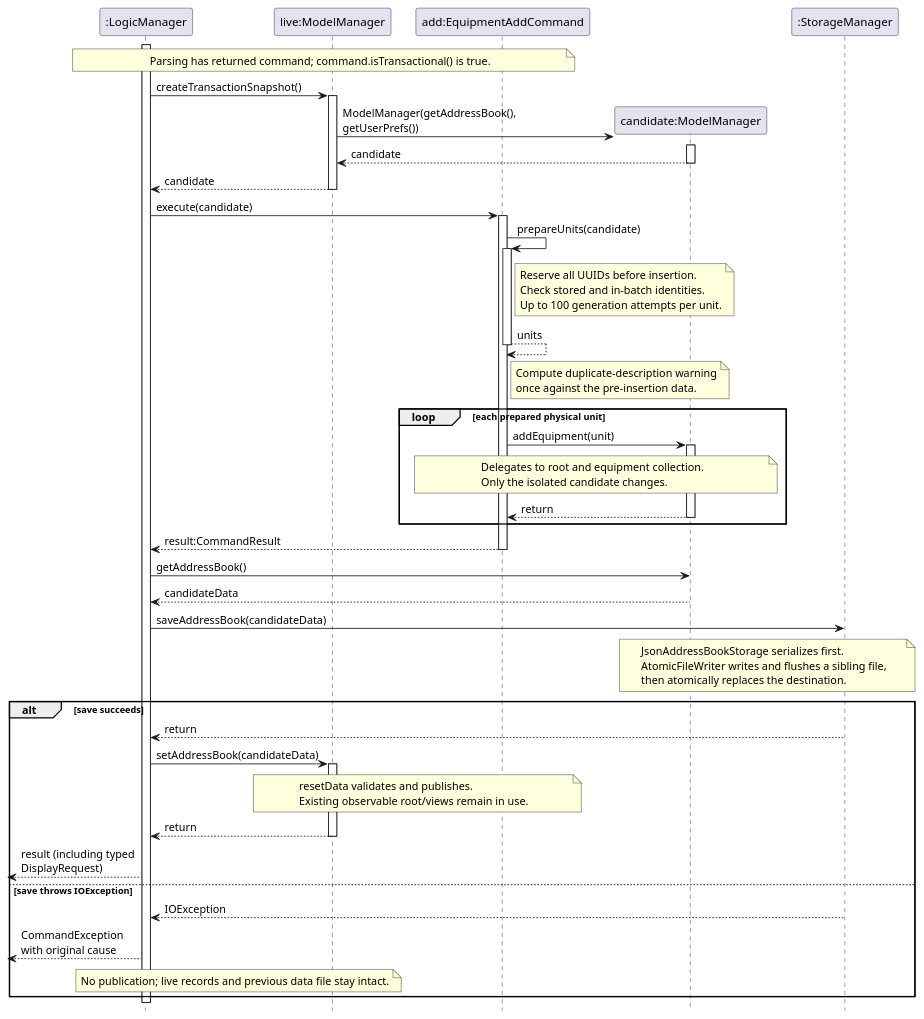
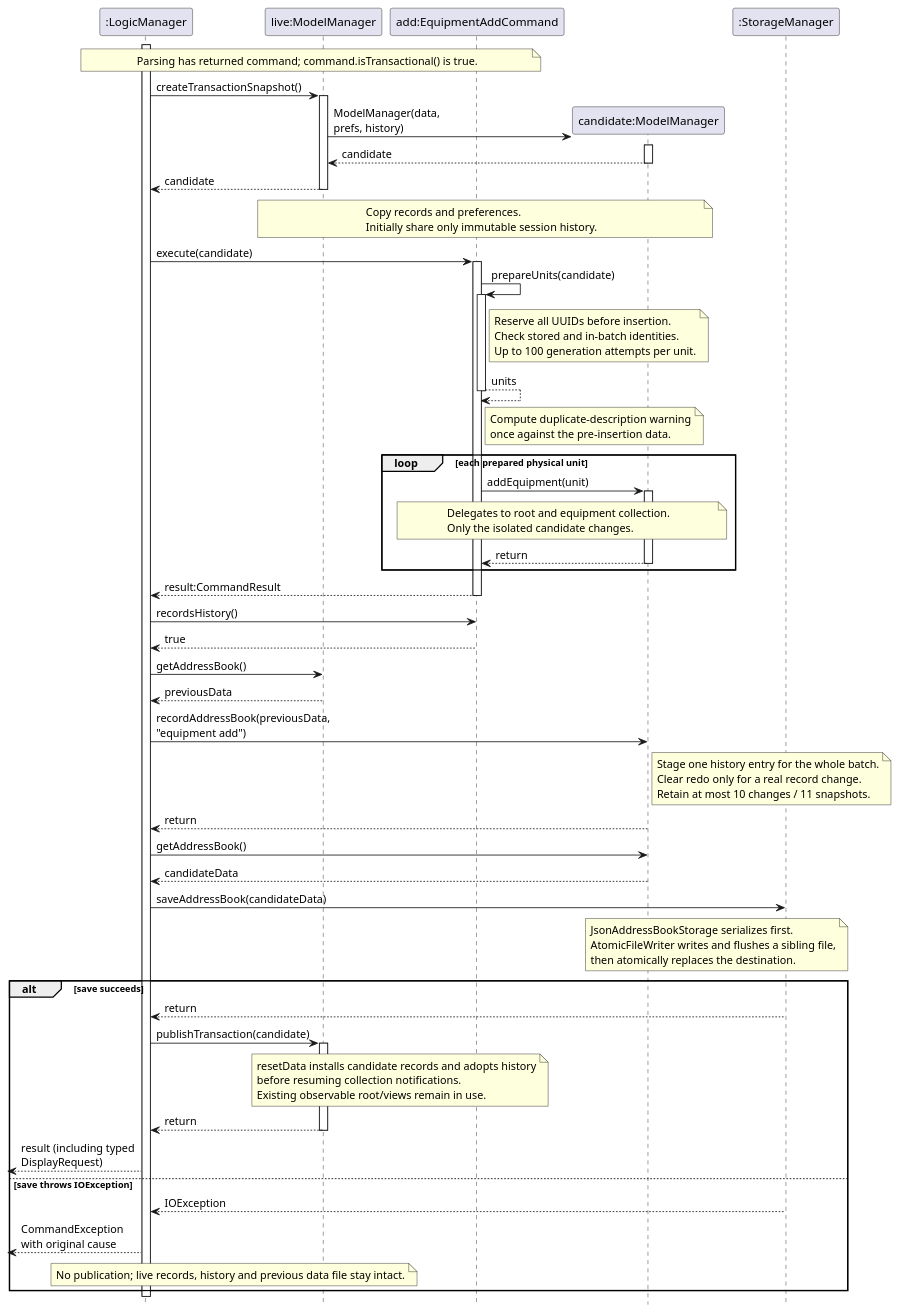
Before and after one commit to AY2627S1-CS2103T-F15-2/tp: the diagram in diagrams/EquipmentTransactionSequence.puml, drawn with PlantUML. The commit also changed 111 other files, not shown here.

```diff
--- a/diagrams/EquipmentTransactionSequence.puml
+++ b/diagrams/EquipmentTransactionSequence.puml
@@ -1,81 +1,101 @@
 @startuml
 skinparam shadowing false
 skinparam defaultFontName Arial
 hide footbox
 skinparam maxMessageSize 150
-skinparam ParticipantPadding 10
+<style>
+participant {
+  padding 10
+}
+</style>
 
 participant ":LogicManager" as logic
 participant "live:ModelManager" as live
 participant "add:EquipmentAddCommand" as command
 participant "candidate:ModelManager" as candidate
 participant ":StorageManager" as storage
 
 note over logic, command
   Parsing has returned command; command.isTransactional() is true.
 end note
 activate logic
 logic -> live : createTransactionSnapshot()
 activate live
 create candidate
-live -> candidate : ModelManager(getAddressBook(), getUserPrefs())
+live -> candidate : ModelManager(data, prefs, history)
 activate candidate
 candidate --> live : candidate
 deactivate candidate
 live --> logic : candidate
 deactivate live
+note over live, candidate
+  Copy records and preferences.
+  Initially share only immutable session history.
+end note
 logic -> command : execute(candidate)
 activate command
 command -> command : prepareUnits(candidate)
 activate command
 note right of command
   Reserve all UUIDs before insertion.
   Check stored and in-batch identities.
   Up to 100 generation attempts per unit.
 end note
 command --> command : units
 deactivate command
 note right of command
   Compute duplicate-description warning
   once against the pre-insertion data.
 end note
 loop each prepared physical unit
   command -> candidate : addEquipment(unit)
   activate candidate
   note over command, candidate
     Delegates to root and equipment collection.
     Only the isolated candidate changes.
   end note
   candidate --> command : return
   deactivate candidate
 end
 command --> logic : result:CommandResult
 deactivate command
+logic -> command : recordsHistory()
+command --> logic : true
+logic -> live : getAddressBook()
+live --> logic : previousData
+logic -> candidate : recordAddressBook(previousData, "equipment add")
+note right of candidate
+  Stage one history entry for the whole batch.
+  Clear redo only for a real record change.
+  Retain at most 10 changes / 11 snapshots.
+end note
+candidate --> logic : return
 logic -> candidate : getAddressBook()
 candidate --> logic : candidateData
 logic -> storage : saveAddressBook(candidateData)
 note over candidate, storage
   JsonAddressBookStorage serializes first.
   AtomicFileWriter writes and flushes a sibling file,
   then atomically replaces the destination.
 end note
 alt save succeeds
   storage --> logic : return
-  logic -> live : setAddressBook(candidateData)
+  logic -> live : publishTransaction(candidate)
   activate live
   note over live, command
-    resetData validates and publishes.
+    resetData installs candidate records and adopts history
+    before resuming collection notifications.
     Existing observable root/views remain in use.
   end note
   live --> logic : return
   deactivate live
   [<-- logic : result (including typed DisplayRequest)
 else save throws IOException
   storage --> logic : IOException
   [<-- logic : CommandException with original cause
   note over logic, live
-    No publication; live records and previous data file stay intact.
+    No publication; live records, history and previous data file stay intact.
   end note
 end
 deactivate logic
 @enduml
```
